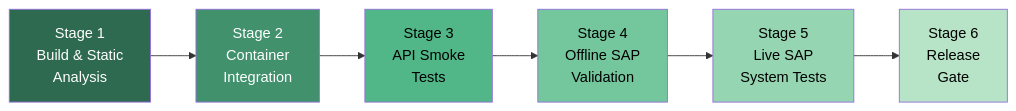
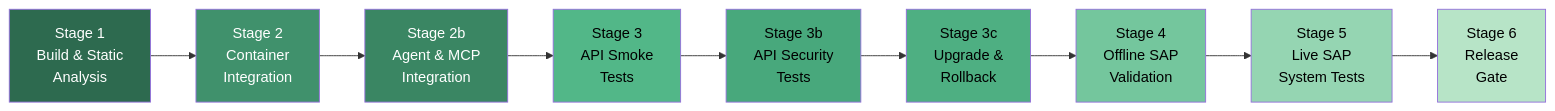
The third of 7 diagrams in docs/PRD_E2E_TESTING.md (devanshjainms/sap-automation-qa), drawn with Mermaid before and after one commit. The commit also changed other lines of this file, not shown here.

````diff
--- a/docs/PRD_E2E_TESTING.md
+++ b/docs/PRD_E2E_TESTING.md
@@ -274,15 +296,21 @@
 ```mermaid
 graph LR
     S1["Stage 1<br/>Build & Static<br/>Analysis"] --> S2["Stage 2<br/>Container<br/>Integration"]
-    S2 --> S3["Stage 3<br/>API Smoke<br/>Tests"]
-    S3 --> S4["Stage 4<br/>Offline SAP<br/>Validation"]
+    S2 --> S2b["Stage 2b<br/>Agent & MCP<br/>Integration"]
+    S2b --> S3["Stage 3<br/>API Smoke<br/>Tests"]
+    S3 --> S3b["Stage 3b<br/>API Security<br/>Tests"]
+    S3b --> S3c["Stage 3c<br/>Upgrade &<br/>Rollback"]
+    S3c --> S4["Stage 4<br/>Offline SAP<br/>Validation"]
     S4 --> S5["Stage 5<br/>Live SAP<br/>System Tests"]
     S5 --> S6["Stage 6<br/>Release<br/>Gate"]
 
     style S1 fill:#2d6a4f,color:#fff
     style S2 fill:#40916c,color:#fff
+    style S2b fill:#3a8663,color:#fff
     style S3 fill:#52b788,color:#000
+    style S3b fill:#48a87c,color:#000
+    style S3c fill:#4eaf82,color:#000
     style S4 fill:#74c69d,color:#000
     style S5 fill:#95d5b2,color:#000
     style S6 fill:#b7e4c7,color:#000
 ```
````
